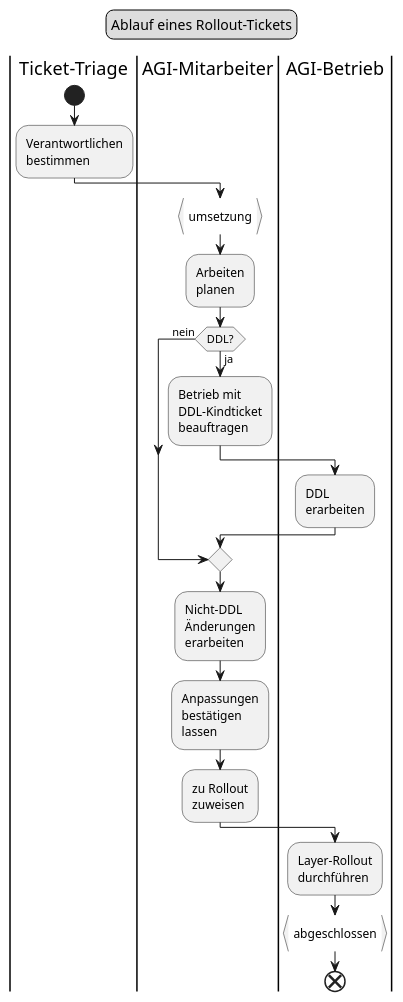
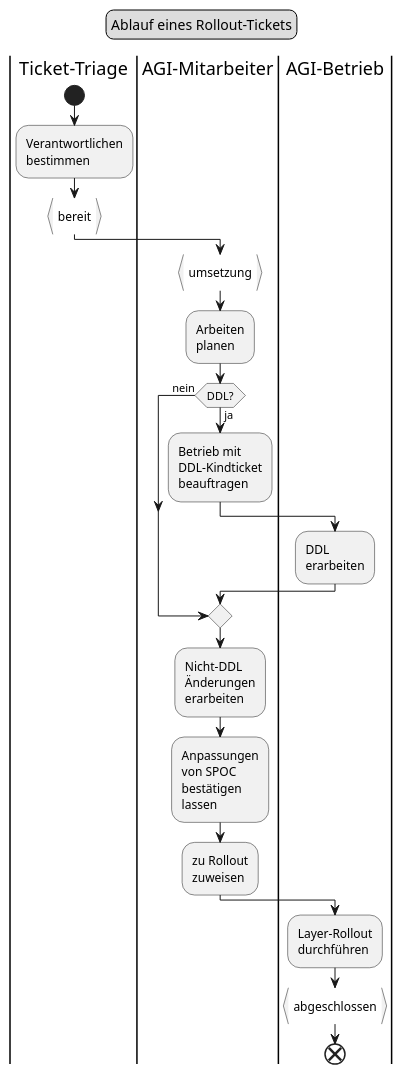
The diagram in puml/src/flow_rollout.puml (ojeker/docktick), drawn with PlantUML before and after one commit. The commit also changed 10 other files, not shown here.

```diff
--- a/puml/src/flow_rollout.puml
+++ b/puml/src/flow_rollout.puml
@@ -1,51 +1,53 @@
 @startuml
 legend top
 	Ablauf eines Rollout-Tickets
 end legend
 |Ticket-Triage|
 start
 :Verantwortlichen
 bestimmen;
+:bereit}
 |AGI-Mitarbeiter|
 
 :umsetzung}
 
 :Arbeiten
 planen;
 
 if (DDL?) then (nein)
 
 else (ja)
 
 :Betrieb mit
 DDL-Kindticket
 beauftragen;
 
 |AGI-Betrieb|
 
 :DDL
 erarbeiten;
 
 endif
 
 |AGI-Mitarbeiter|
 
 :Nicht-DDL
 Änderungen
 erarbeiten;
 
 :Anpassungen
+von SPOC
 bestätigen
 lassen;
 
 :zu Rollout
 zuweisen;
 
 |AGI-Betrieb|
 :Layer-Rollout
 durchführen;
 
 :abgeschlossen}
 
 end
 @enduml
```
